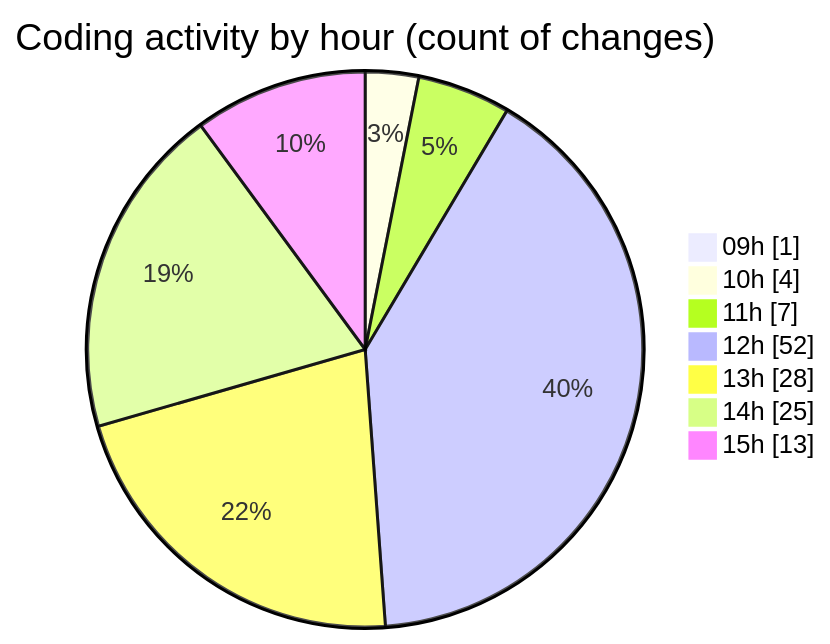
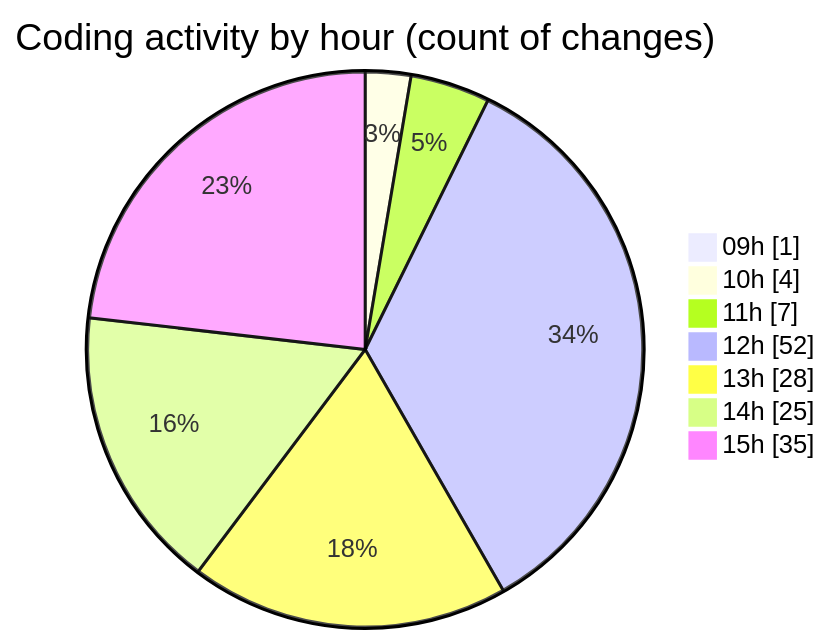
Before and after one commit to momahboobian/code-tracking: the second of 2 diagrams in 2025-04-07/cda/README.md, drawn with Mermaid. The commit also changed other lines of this file and 1 other file, not shown here.

````diff
--- a/2025-04-07/cda/README.md
+++ b/2025-04-07/cda/README.md
@@ -35,11 +36,11 @@
 ```mermaid
 pie showData
 title Coding activity by hour (count of changes)
 "09h" : 1
 "10h" : 4
 "11h" : 7
 "12h" : 52
 "13h" : 28
 "14h" : 25
-"15h" : 13
+"15h" : 35
 ```
````
